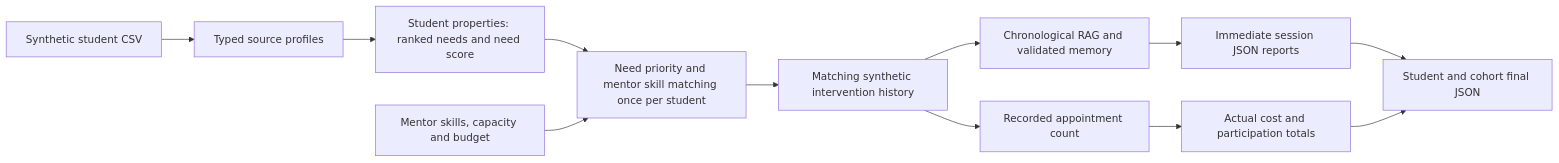
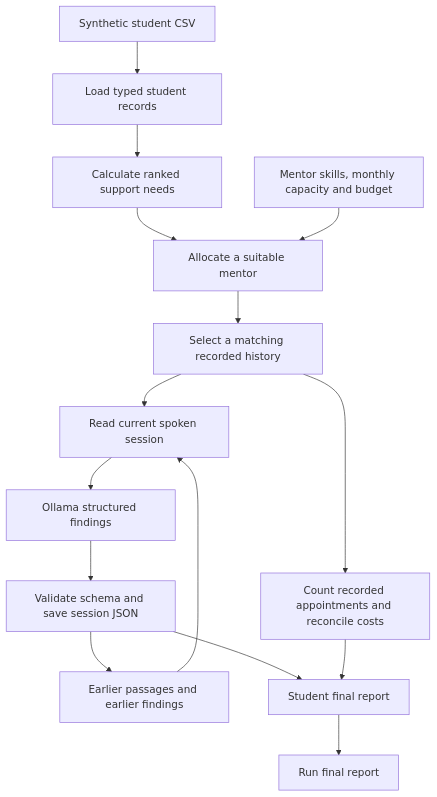
The diagram in README.md (Shuniy/Prevent-Dropout-with-Limited-Tutor-Interventions), drawn with Mermaid before and after one commit. The commit also changed other lines of this file and 37 other files, not shown here.

````diff
--- a/README.md
+++ b/README.md
@@ -345,14 +74,17 @@
 ```mermaid
-flowchart LR
-    A[Synthetic student CSV] --> B[Typed source profiles]
-    B --> C[Student properties: ranked needs and need score]
-    C --> D[Need priority and mentor skill matching once per student]
-    M[Mentor skills, capacity and budget] --> D
-    D --> E[Matching synthetic intervention history]
-    E --> F[Chronological RAG and validated memory]
-    F --> G[Immediate session JSON reports]
-    G --> H[Student and cohort final JSON]
-    E --> I[Recorded appointment count]
-    I --> J[Actual cost and participation totals]
-    J --> H
+flowchart TD
+    A[Synthetic student CSV] --> B[Load typed student records]
+    B --> C[Calculate ranked support needs]
+    C --> D[Allocate a suitable mentor]
+    R[Mentor skills, monthly capacity and budget] --> D
+    D --> E[Select a matching recorded history]
+    E --> F[Read current spoken session]
+    P[Earlier passages and earlier findings] --> F
+    F --> G[Ollama structured findings]
+    G --> H[Validate schema and save session JSON]
+    H --> P
+    H --> I[Student final report]
+    E --> J[Count recorded appointments and reconcile costs]
+    J --> I
+    I --> K[Run final report]
 ```
````
